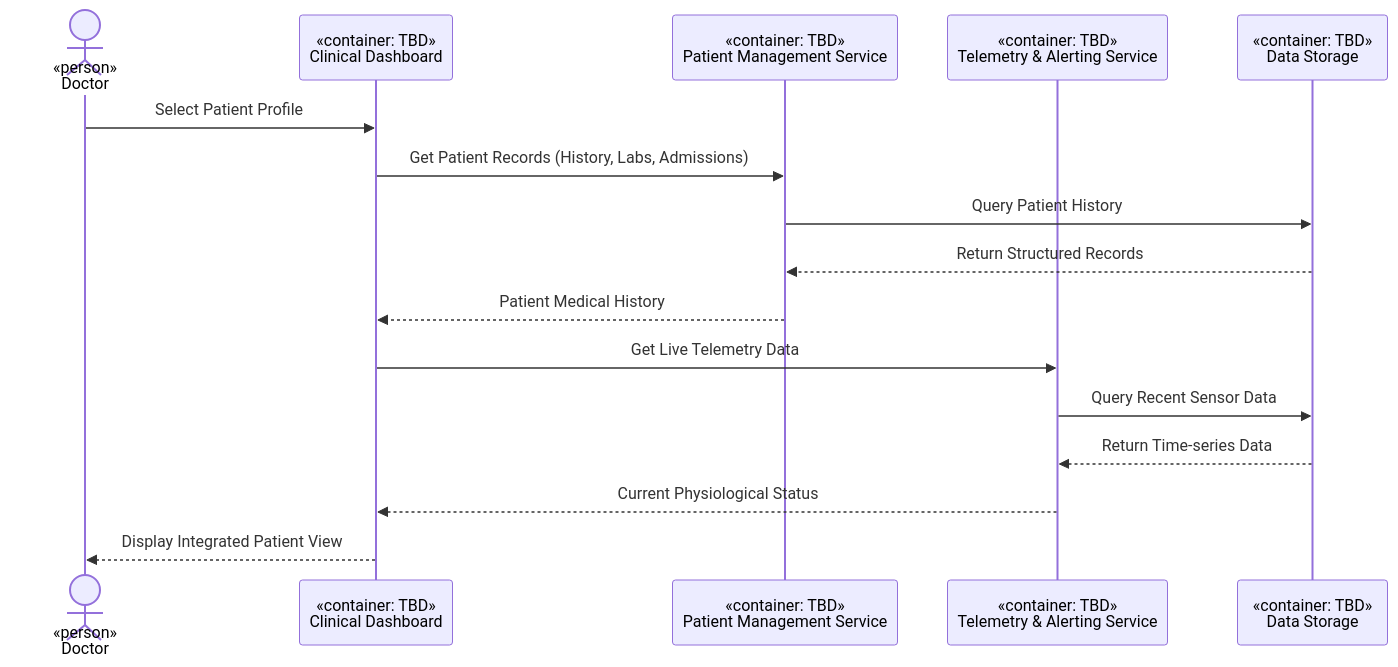
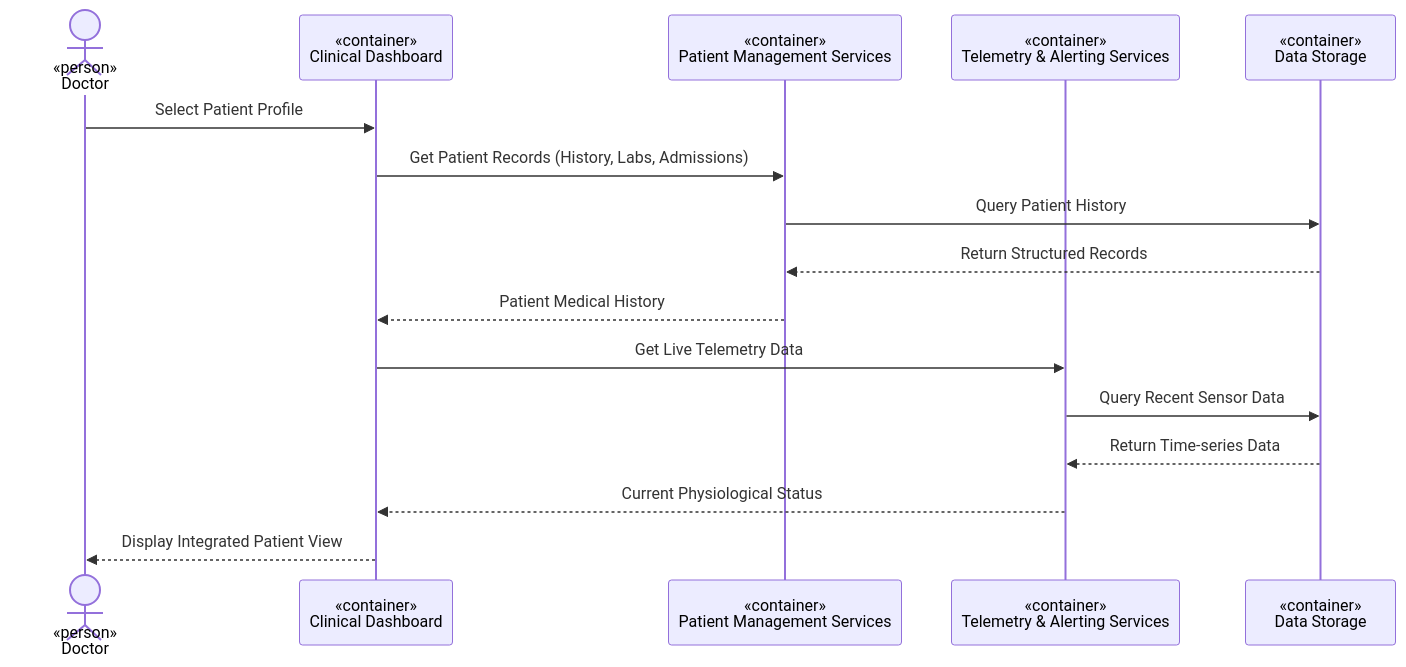
One commit to iugori/pulse-patrol changed the fourth of 12 diagrams in docs/ARD-v2.1.md. Above: the diagram before and after it, drawn with Mermaid. The commit also changed other lines of this file and 2 other files, not shown here.

````diff
--- a/docs/ARD-v2.1.md
+++ b/docs/ARD-v2.1.md
@@ -401,20 +403,20 @@
 ```mermaid
 sequenceDiagram
     actor D as «person»<br/>Doctor<br/>
-    participant CD as «container: TBD»<br/>Clinical Dashboard
-    participant PMS as «container: TBD»<br/>Patient Management Service
-    participant TAS as «container: TBD»<br/>Telemetry & Alerting Service
-    participant DS as «container: TBD»<br/>Data Storage
+    participant CD as «container»<br/>Clinical Dashboard
+    participant PMS as «container»<br/>Patient Management Services
+    participant TAS as «container»<br/>Telemetry & Alerting Services
+    participant DS as «container»<br/>Data Storage
     D ->> CD: Select Patient Profile
 %% Fetching Medical History
     CD ->> PMS: Get Patient Records (History, Labs, Admissions)
     PMS ->> DS: Query Patient History
     DS -->> PMS: Return Structured Records
     PMS -->> CD: Patient Medical History
 %% Fetching Real-time Status
     CD ->> TAS: Get Live Telemetry Data
     TAS ->> DS: Query Recent Sensor Data
     DS -->> TAS: Return Time-series Data
     TAS -->> CD: Current Physiological Status
     CD -->> D: Display Integrated Patient View
 ```
````
